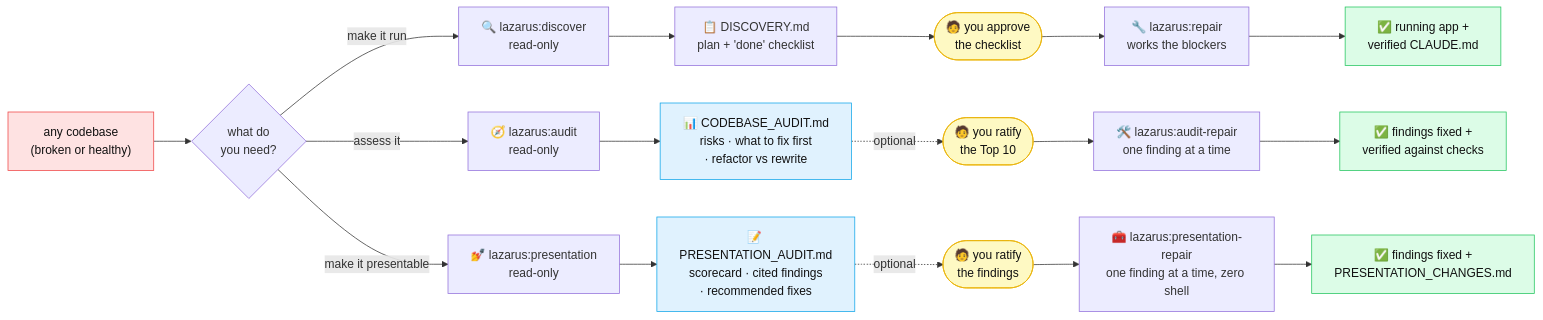
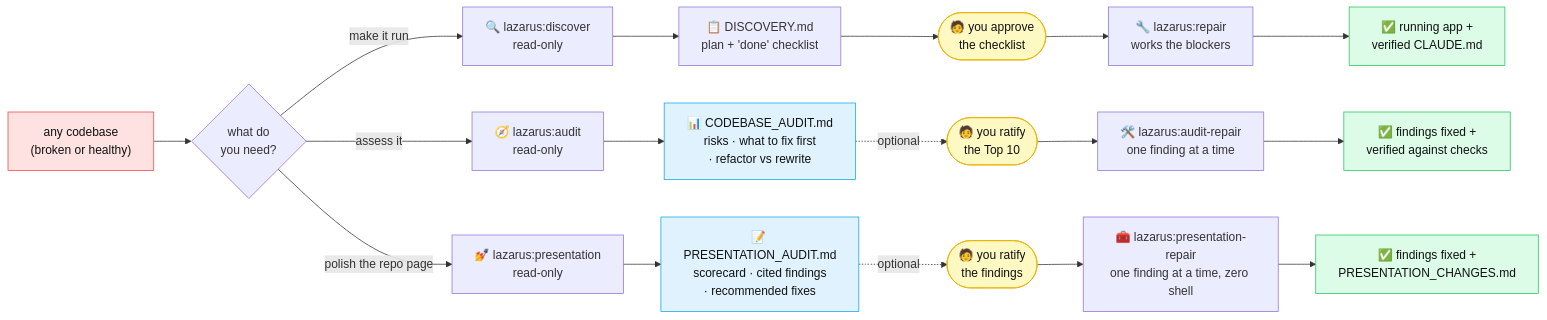
The diagram in README.md (CognitiveCodeAI/lazarus), drawn with Mermaid before and after one commit. The commit also changed other lines of this file and 1 other file, not shown here.

First line of the commit message:
Copy clarity: 'make it presentable' → 'polish the repo page' (#25)

````diff
--- a/README.md
+++ b/README.md
@@ -88,32 +88,32 @@
 ```mermaid
 flowchart LR
     A["any codebase<br/>(broken or healthy)"] --> B{what do<br/>you need?}
 
     B -->|make it run| C["🔍 lazarus:discover<br/>read-only"]
     C --> D["📋 DISCOVERY.md<br/>plan + 'done' checklist"]
     D --> E(["🧑 you approve<br/>the checklist"])
     E --> F["🔧 lazarus:repair<br/>works the blockers"]
     F --> G["✅ running app +<br/>verified CLAUDE.md"]
 
     B -->|assess it| H["🧭 lazarus:audit<br/>read-only"]
     H --> I["📊 CODEBASE_AUDIT.md<br/>risks · what to fix first<br/>· refactor vs rewrite"]
     I -.->|"optional"| J(["🧑 you ratify<br/>the Top 10"])
     J --> K["🛠️ lazarus:audit-repair<br/>one finding at a time"]
     K --> L["✅ findings fixed +<br/>verified against checks"]
 
-    B -->|make it presentable| M["💅 lazarus:presentation<br/>read-only"]
+    B -->|polish the repo page| M["💅 lazarus:presentation<br/>read-only"]
     M --> N["📝 PRESENTATION_AUDIT.md<br/>scorecard · cited findings<br/>· recommended fixes"]
     N -.->|"optional"| O(["🧑 you ratify<br/>the findings"])
     O --> P["🧰 lazarus:presentation-repair<br/>one finding at a time, zero shell"]
     P --> Q["✅ findings fixed +<br/>PRESENTATION_CHANGES.md"]
 
     style A fill:#fee2e2,stroke:#ef4444,color:#111
     style G fill:#dcfce7,stroke:#22c55e,color:#111
     style I fill:#e0f2fe,stroke:#0ea5e9,color:#111
     style N fill:#e0f2fe,stroke:#0ea5e9,color:#111
     style E fill:#fef9c3,stroke:#eab308,color:#111
     style J fill:#fef9c3,stroke:#eab308,color:#111
     style O fill:#fef9c3,stroke:#eab308,color:#111
     style L fill:#dcfce7,stroke:#22c55e,color:#111
     style Q fill:#dcfce7,stroke:#22c55e,color:#111
 ```
````
